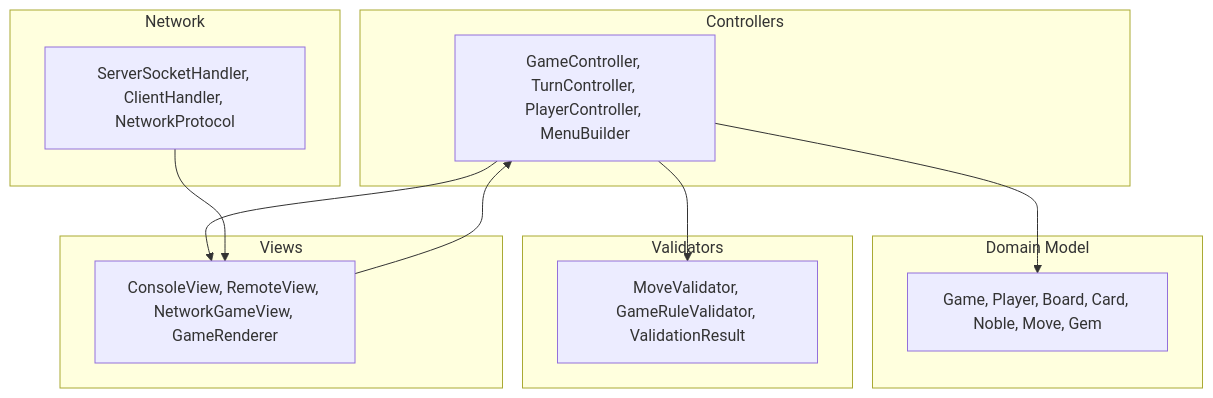
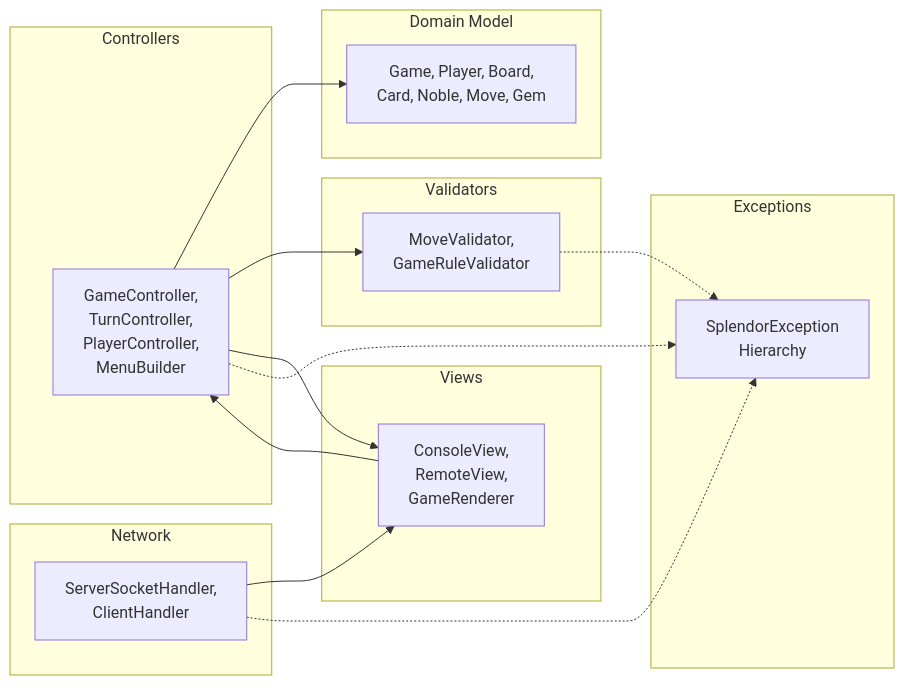
One commit to bryanseah234/playsplendor changed the first of 7 diagrams in ALL.md. Above: the diagram before and after it, drawn with Mermaid. The commit also changed other lines of this file, not shown here.

````diff
--- a/ALL.md
+++ b/ALL.md
@@ -9,28 +26,35 @@
 ```mermaid
-flowchart TD
+flowchart LR
     subgraph Domain[Domain Model]
-        D[Game, Player, Board, Card, Noble, Move, Gem]
+        D[Game, Player, Board,<br/>Card, Noble, Move, Gem]
     end
     
     subgraph Controllers[Controllers]
-        C[GameController, TurnController, PlayerController, MenuBuilder]
+        C[GameController,<br/>TurnController,<br/>PlayerController,<br/>MenuBuilder]
     end
     
     subgraph Validators[Validators]
-        V[MoveValidator, GameRuleValidator, ValidationResult]
+        V[MoveValidator,<br/>GameRuleValidator]
     end
     
     subgraph Views[Views]
-        VI[ConsoleView, RemoteView, NetworkGameView, GameRenderer]
+        VI[ConsoleView,<br/>RemoteView,<br/>GameRenderer]
     end
     
     subgraph Network[Network]
-        N[ServerSocketHandler, ClientHandler, NetworkProtocol]
+        N[ServerSocketHandler,<br/>ClientHandler]
+    end
+    
+    subgraph Exceptions[Exceptions]
+        E[SplendorException<br/>Hierarchy]
     end
     
     C --> D
     C --> V
     C --> VI
     VI --> C
     N --> VI
+    C -.-> E
+    V -.-> E
+    N -.-> E
 ```
````
